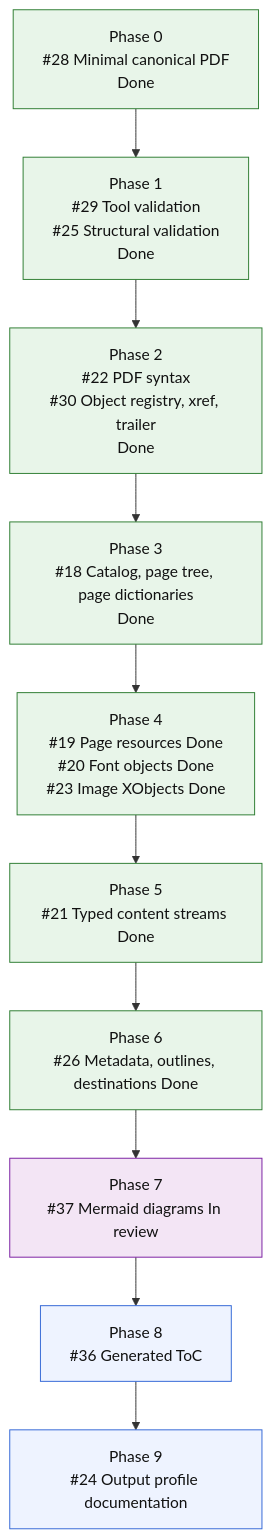
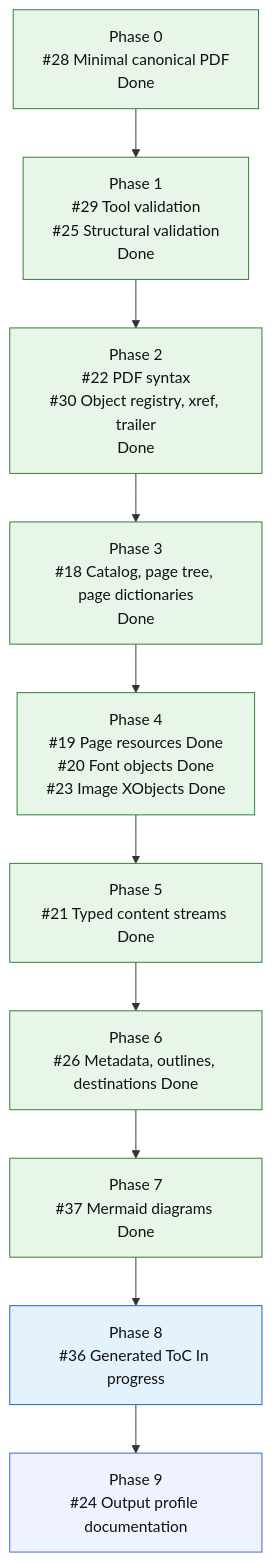
Before and after one commit to mihaelamj/MarkdownPDF: the diagram in README.md, drawn with Mermaid.

Commit message:
docs(roadmap): mark ToC in progress

````diff
--- a/README.md
+++ b/README.md
@@ -127,24 +127,24 @@
 ```mermaid
 flowchart TD
     P0["Phase 0<br/>#28 Minimal canonical PDF<br/>Done"]
     P1["Phase 1<br/>#29 Tool validation<br/>#25 Structural validation<br/>Done"]
     P2["Phase 2<br/>#22 PDF syntax<br/>#30 Object registry, xref, trailer<br/>Done"]
     P3["Phase 3<br/>#18 Catalog, page tree, page dictionaries<br/>Done"]
     P4["Phase 4<br/>#19 Page resources Done<br/>#20 Font objects Done<br/>#23 Image XObjects Done"]
     P5["Phase 5<br/>#21 Typed content streams Done"]
     P6["Phase 6<br/>#26 Metadata, outlines, destinations Done"]
-    P7["Phase 7<br/>#37 Mermaid diagrams In review"]
-    P8["Phase 8<br/>#36 Generated ToC"]
+    P7["Phase 7<br/>#37 Mermaid diagrams Done"]
+    P8["Phase 8<br/>#36 Generated ToC In progress"]
     P9["Phase 9<br/>#24 Output profile documentation"]
 
     P0 --> P1 --> P2 --> P3 --> P4 --> P5 --> P6 --> P7 --> P8 --> P9
 
     classDef done fill:#e8f5e9,stroke:#2e7d32,color:#111;
     classDef active fill:#e3f2fd,stroke:#1565c0,color:#111;
     classDef review fill:#f3e5f5,stroke:#7b1fa2,color:#111;
     classDef next fill:#fff8e1,stroke:#f9a825,color:#111;
     classDef todo fill:#eef3ff,stroke:#3367d6,color:#111;
-    class P0,P1,P2,P3,P4,P5,P6 done;
-    class P7 review;
-    class P8,P9 todo;
+    class P0,P1,P2,P3,P4,P5,P6,P7 done;
+    class P8 active;
+    class P9 todo;
 ```
````
